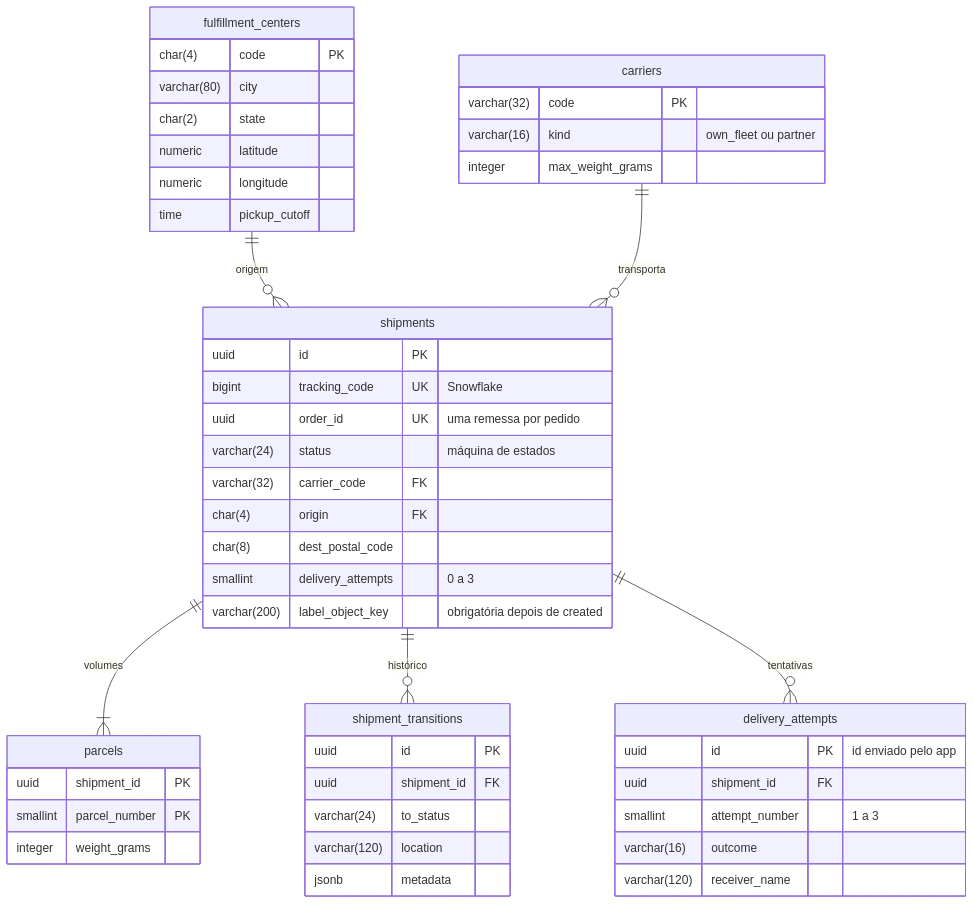
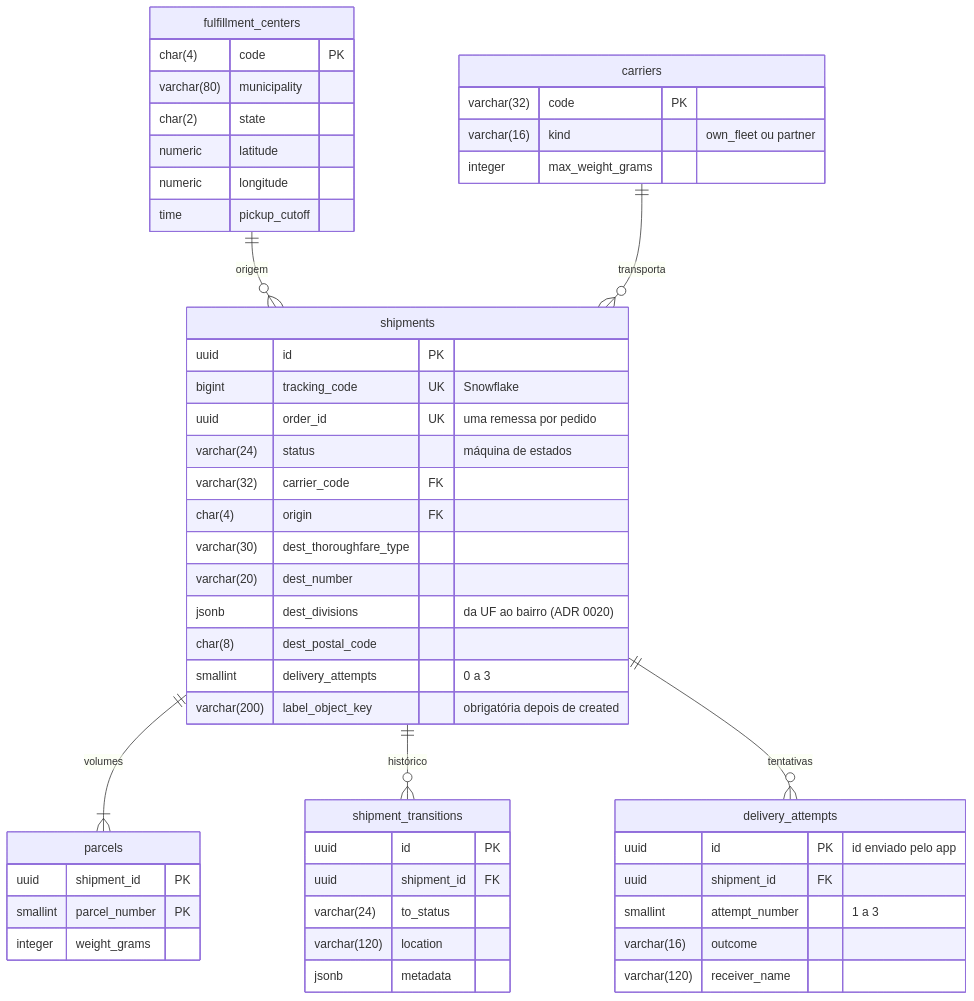
Before and after one commit to flaviotinococoutinho/Tucano_vibe_chaos: the third of 3 diagrams in docs/architecture/data-model.md, drawn with Mermaid. The commit also changed other lines of this file and 12 other files, not shown here.

````diff
--- a/docs/architecture/data-model.md
+++ b/docs/architecture/data-model.md
@@ -133,52 +136,55 @@
 ```mermaid
 erDiagram
   fulfillment_centers ||--o{ shipments : "origem"
   carriers ||--o{ shipments : "transporta"
   shipments ||--|{ parcels : "volumes"
   shipments ||--o{ shipment_transitions : "histórico"
   shipments ||--o{ delivery_attempts : "tentativas"
 
   fulfillment_centers {
     char(4) code PK
-    varchar(80) city
+    varchar(80) municipality
     char(2) state
     numeric latitude
     numeric longitude
     time pickup_cutoff
   }
   carriers {
     varchar(32) code PK
     varchar(16) kind "own_fleet ou partner"
     integer max_weight_grams
   }
   shipments {
     uuid id PK
     bigint tracking_code UK "Snowflake"
     uuid order_id UK "uma remessa por pedido"
     varchar(24) status "máquina de estados"
     varchar(32) carrier_code FK
     char(4) origin FK
+    varchar(30) dest_thoroughfare_type
+    varchar(20) dest_number
+    jsonb dest_divisions "da UF ao bairro (ADR 0020)"
     char(8) dest_postal_code
     smallint delivery_attempts "0 a 3"
     varchar(200) label_object_key "obrigatória depois de created"
   }
   parcels {
     uuid shipment_id PK
     smallint parcel_number PK
     integer weight_grams
   }
   shipment_transitions {
     uuid id PK
     uuid shipment_id FK
     varchar(24) to_status
     varchar(120) location
     jsonb metadata
   }
   delivery_attempts {
     uuid id PK "id enviado pelo app"
     uuid shipment_id FK
     smallint attempt_number "1 a 3"
     varchar(16) outcome
     varchar(120) receiver_name
   }
 ```
````
